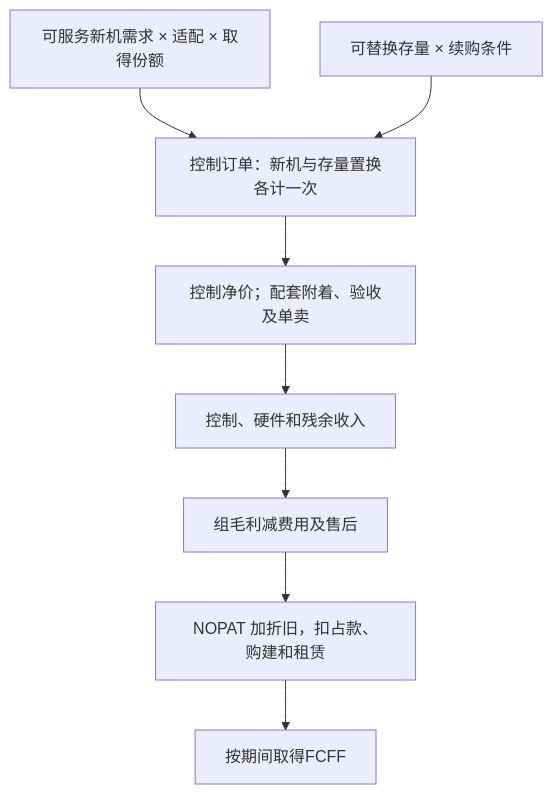
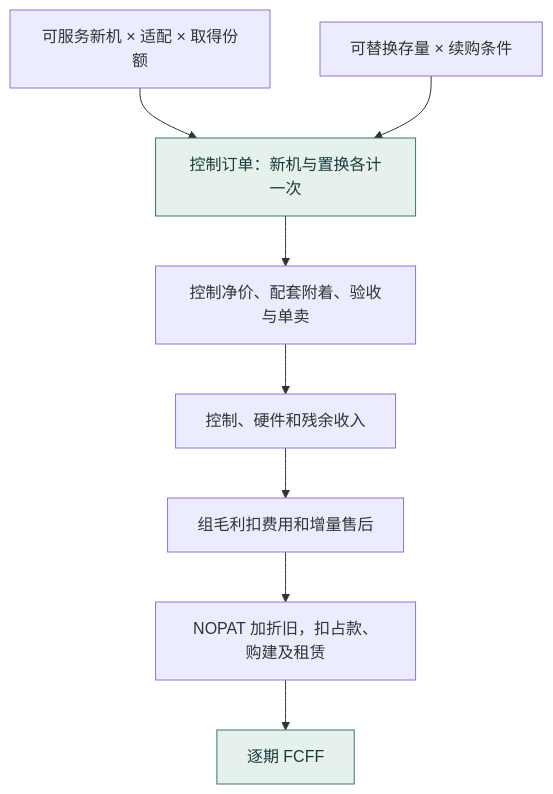
Before and after one commit to Loyyed/Investment-Studies-Assistance-Project-Yw-DDL-2026.12.2: the fourth of 4 diagrams in 报告留存处/柏楚电子证券投资分析报告11.23一版.md, drawn with Mermaid. The commit also changed other lines of this file and 14 other files, not shown here.

````diff
--- a/报告留存处/柏楚电子证券投资分析报告11.23一版.md
+++ b/报告留存处/柏楚电子证券投资分析报告11.23一版.md
@@ -791,10 +823,12 @@
 ```mermaid
 flowchart TD
-    N["可服务新机需求 × 适配 × 取得份额"] --> Q["控制订单：新机与存量置换各计一次"]
+    N["可服务新机 × 适配 × 取得份额"] --> Q["控制订单：新机与置换各计一次"]
     R["可替换存量 × 续购条件"] --> Q
-    Q --> H["控制净价；配套附着、验收及单卖"]
+    Q --> H["控制净价、配套附着、验收与单卖"]
     H --> T["控制、硬件和残余收入"]
-    T --> P["组毛利减费用及售后"]
-    P --> F["NOPAT 加折旧，扣占款、购建和租赁"]
-    F --> C["按期间取得FCFF"]
+    T --> P["组毛利扣费用和增量售后"]
+    P --> F["NOPAT 加折旧，扣占款、购建及租赁"]
+    F --> C["逐期 FCFF"]
+    classDef result fill:#e6f1eb,stroke:#38786c,color:#183a3e;
+    class Q,C result;
 ```
````
